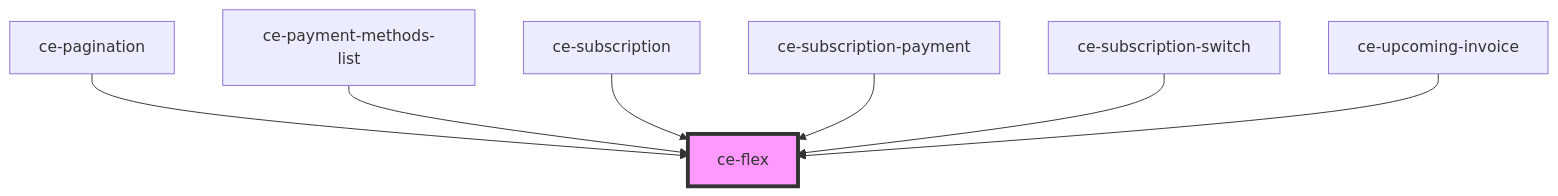
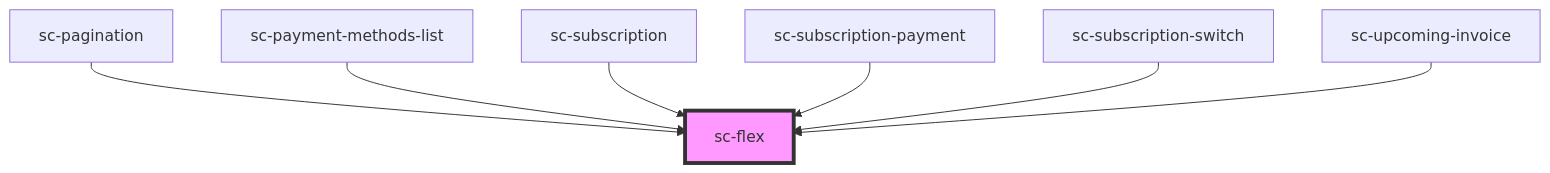
The diagram in packages/components/src/components/ui/flex/readme.md (surecart/surecart-wp-plugin), drawn with Mermaid before and after one commit. The commit also changed other lines of this file and 1281 other files, not shown here.

````diff
--- a/packages/components/src/components/ui/flex/readme.md
+++ b/packages/components/src/components/ui/flex/readme.md
@@ -29,10 +29,10 @@
 ```mermaid
 graph TD;
-  ce-pagination --> ce-flex
-  ce-payment-methods-list --> ce-flex
-  ce-subscription --> ce-flex
-  ce-subscription-payment --> ce-flex
-  ce-subscription-switch --> ce-flex
-  ce-upcoming-invoice --> ce-flex
-  style ce-flex fill:#f9f,stroke:#333,stroke-width:4px
+  sc-pagination --> sc-flex
+  sc-payment-methods-list --> sc-flex
+  sc-subscription --> sc-flex
+  sc-subscription-payment --> sc-flex
+  sc-subscription-switch --> sc-flex
+  sc-upcoming-invoice --> sc-flex
+  style sc-flex fill:#f9f,stroke:#333,stroke-width:4px
 ```
````
